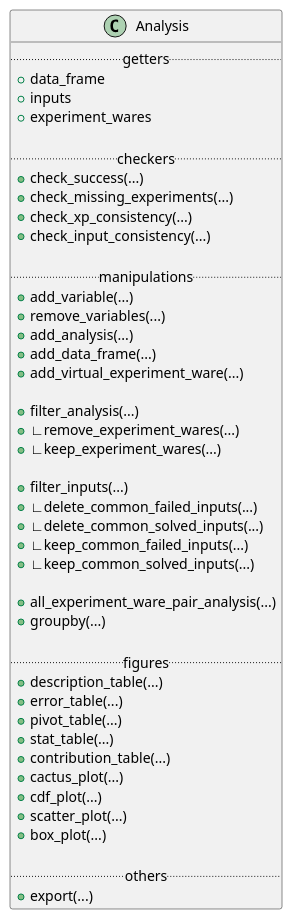
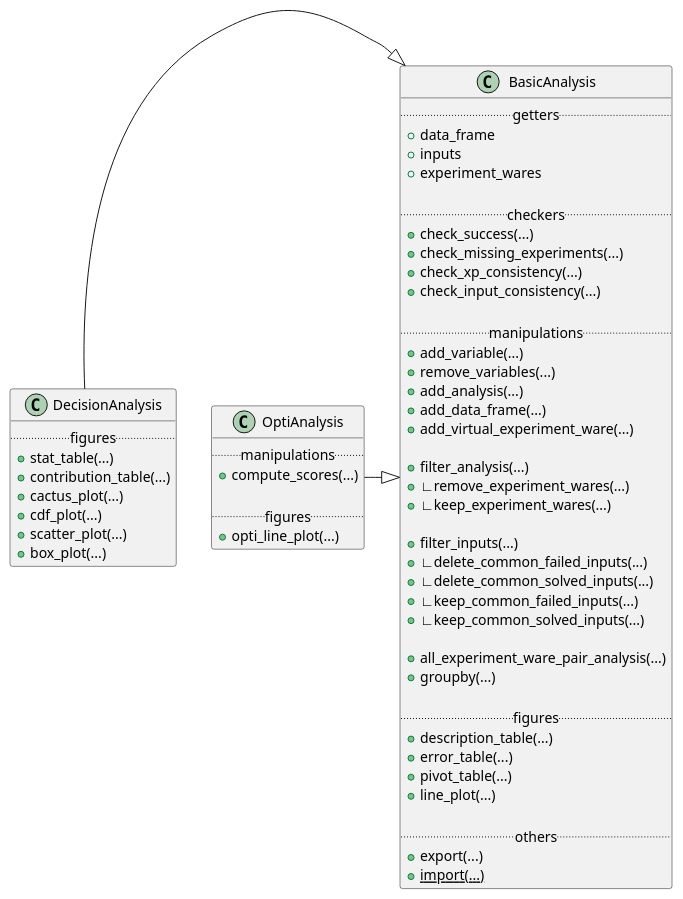
The diagram in docs/fig/analysis_uml.plantuml (crillab/metrics), drawn with PlantUML before and after one commit. The commit also changed 5 other files, not shown here.

Commit message:
:memo: OptiAnalysis is documented

```diff
--- a/docs/fig/analysis_uml.plantuml
+++ b/docs/fig/analysis_uml.plantuml
@@ -2,48 +1,67 @@
 @startuml
-class Analysis {
+class BasicAnalysis {
   .. getters ..
   + data_frame
   + inputs
   + experiment_wares
 
   .. checkers ..
   + check_success(...)
   + check_missing_experiments(...)
   + check_xp_consistency(...)
   + check_input_consistency(...)
 
   .. manipulations ..
   + add_variable(...)
   + remove_variables(...)
   + add_analysis(...)
   + add_data_frame(...)
   + add_virtual_experiment_ware(...)
 
   + filter_analysis(...)
   + ∟remove_experiment_wares(...)
   + ∟keep_experiment_wares(...)
 
   + filter_inputs(...)
   + ∟delete_common_failed_inputs(...)
   + ∟delete_common_solved_inputs(...)
   + ∟keep_common_failed_inputs(...)
   + ∟keep_common_solved_inputs(...)
 
   + all_experiment_ware_pair_analysis(...)
   + groupby(...)
 
   .. figures ..
   + description_table(...)
   + error_table(...)
   + pivot_table(...)
+  + line_plot(...)
+
+  .. others ..
+  + export(...)
+  + {static} import(...)
+}
+
+
+class DecisionAnalysis {
+  .. figures ..
   + stat_table(...)
   + contribution_table(...)
   + cactus_plot(...)
   + cdf_plot(...)
   + scatter_plot(...)
   + box_plot(...)
+}
 
-  .. others ..
-  + export(...)
+
+class OptiAnalysis {
+  .. manipulations ..
+  + compute_scores(...)
+
+  .. figures ..
+  + opti_line_plot(...)
 }
+
+DecisionAnalysis -|> BasicAnalysis
+OptiAnalysis -|> BasicAnalysis
 @enduml
```
